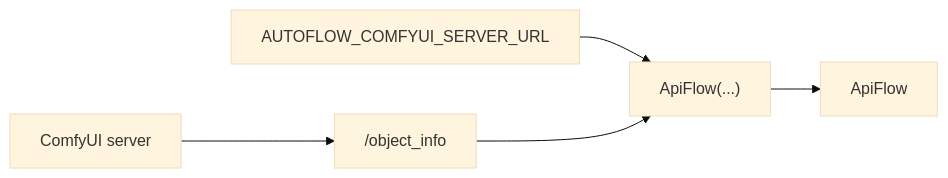
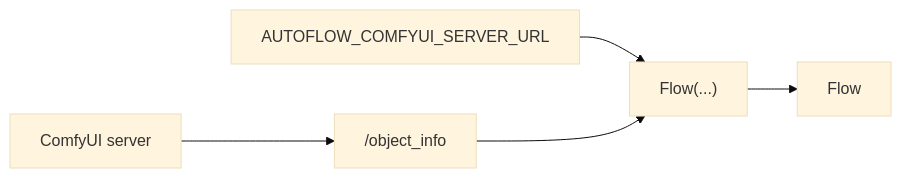
One commit to chrisdreid/comfyui-autoflow changed the fourth of 6 diagrams in README.md. Above: the diagram before and after it, drawn with Mermaid (base theme). The commit also changed other lines of this file and 1 other file, not shown here.

First line of the commit message:
docs: restructure README feature table, Flow-first examples, move tests to CONTRIBUTING

````diff
--- a/README.md
+++ b/README.md
@@ -138,7 +137,7 @@
 ```mermaid
 flowchart LR
-  env["AUTOFLOW_COMFYUI_SERVER_URL"] --> wf["ApiFlow(...)"]
-  wf --> apiFlow["ApiFlow"]
+  env["AUTOFLOW_COMFYUI_SERVER_URL"] --> wf["Flow(...)"]
+  wf --> flow["Flow"]
   comfy["ComfyUI server"] --> obj["/object_info"]
   obj --> wf
 ```
````
